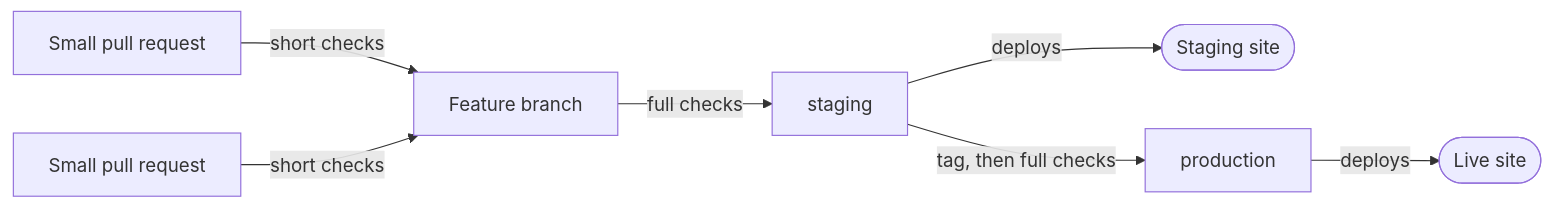
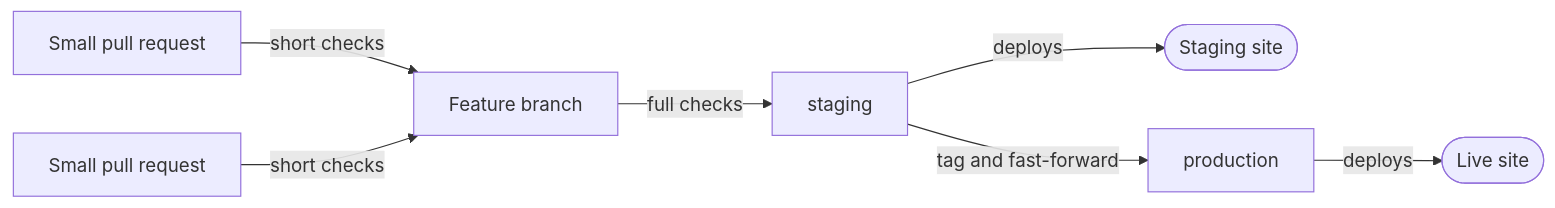
Before and after one commit to SeanningTatum/software-factory: the first of 3 diagrams in templates/saas-starter/docs/branches.md, drawn with Mermaid. The commit also changed other lines of this file and 14 other files, not shown here.

First line of the commit message:
feat(cli): new projects promote by fast-forward, so both branches share a head

````diff
--- a/templates/saas-starter/docs/branches.md
+++ b/templates/saas-starter/docs/branches.md
@@ -13,9 +14,9 @@
 ```mermaid
 flowchart LR
   A[Small pull request] -->|short checks| F[Feature branch]
   B[Small pull request] -->|short checks| F
   F -->|full checks| S[staging]
   S -->|deploys| SS([Staging site])
-  S -->|tag, then full checks| P[production]
+  S -->|tag and fast-forward| P[production]
   P -->|deploys| PS([Live site])
 ```
````
